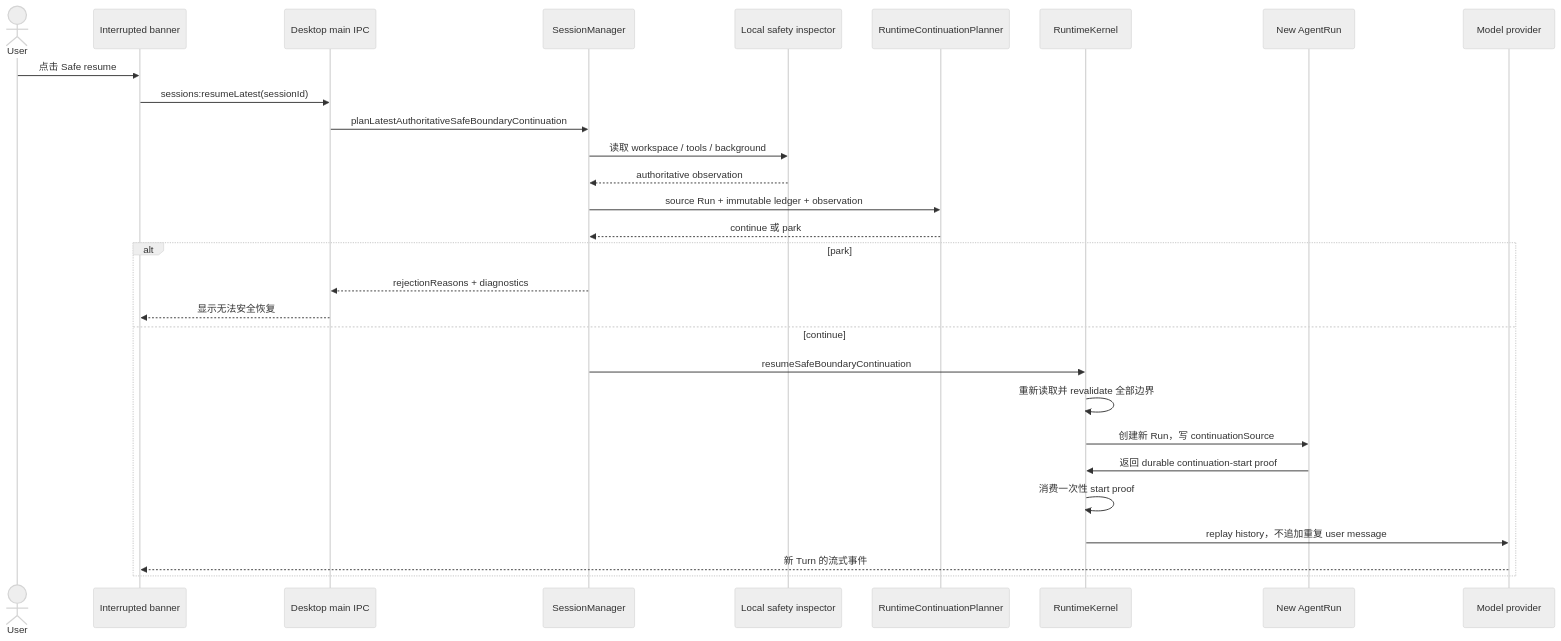
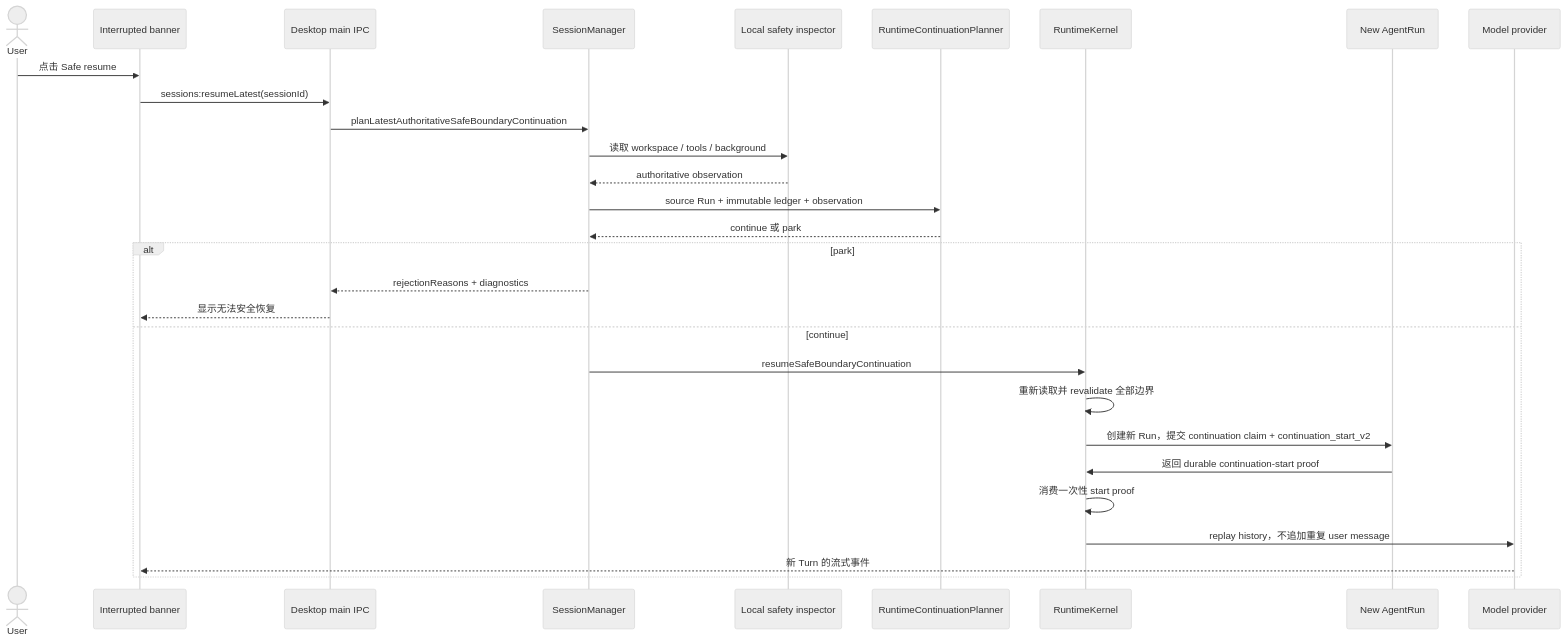
One commit to apache/maka changed the seventh of 13 diagrams in docs/architecture/runtime-resume-architecture.zh-CN.md. Above: the diagram before and after it, drawn with Mermaid (neutral theme). The commit also changed other lines of this file and 6 other files, not shown here.

First line of the commit message:
docs(architecture): verify the recovery and resume docs against main (#3522) (#6038)

````diff
--- a/docs/architecture/runtime-resume-architecture.zh-CN.md
+++ b/docs/architecture/runtime-resume-architecture.zh-CN.md
@@ -466,33 +468,32 @@
 ```mermaid
 sequenceDiagram
   actor User as User
   participant UI as Interrupted banner
   participant IPC as Desktop main IPC
   participant SM as SessionManager
   participant Inspector as Local safety inspector
   participant Planner as RuntimeContinuationPlanner
   participant Kernel as RuntimeKernel
   participant Run as New AgentRun
-  participant Kernel as RuntimeKernel
   participant Provider as Model provider
 
   User->>UI: 点击 Safe resume
   UI->>IPC: sessions:resumeLatest(sessionId)
   IPC->>SM: planLatestAuthoritativeSafeBoundaryContinuation
   SM->>Inspector: 读取 workspace / tools / background
   Inspector-->>SM: authoritative observation
   SM->>Planner: source Run + immutable ledger + observation
   Planner-->>SM: continue 或 park
   alt park
     SM-->>IPC: rejectionReasons + diagnostics
     IPC-->>UI: 显示无法安全恢复
   else continue
     SM->>Kernel: resumeSafeBoundaryContinuation
     Kernel->>Kernel: 重新读取并 revalidate 全部边界
-    Kernel->>Run: 创建新 Run，写 continuationSource
+    Kernel->>Run: 创建新 Run，提交 continuation claim + continuation_start_v2
     Run->>Kernel: 返回 durable continuation-start proof
     Kernel->>Kernel: 消费一次性 start proof
     Kernel->>Provider: replay history，不追加重复 user message
     Provider-->>UI: 新 Turn 的流式事件
   end
 ```
````
